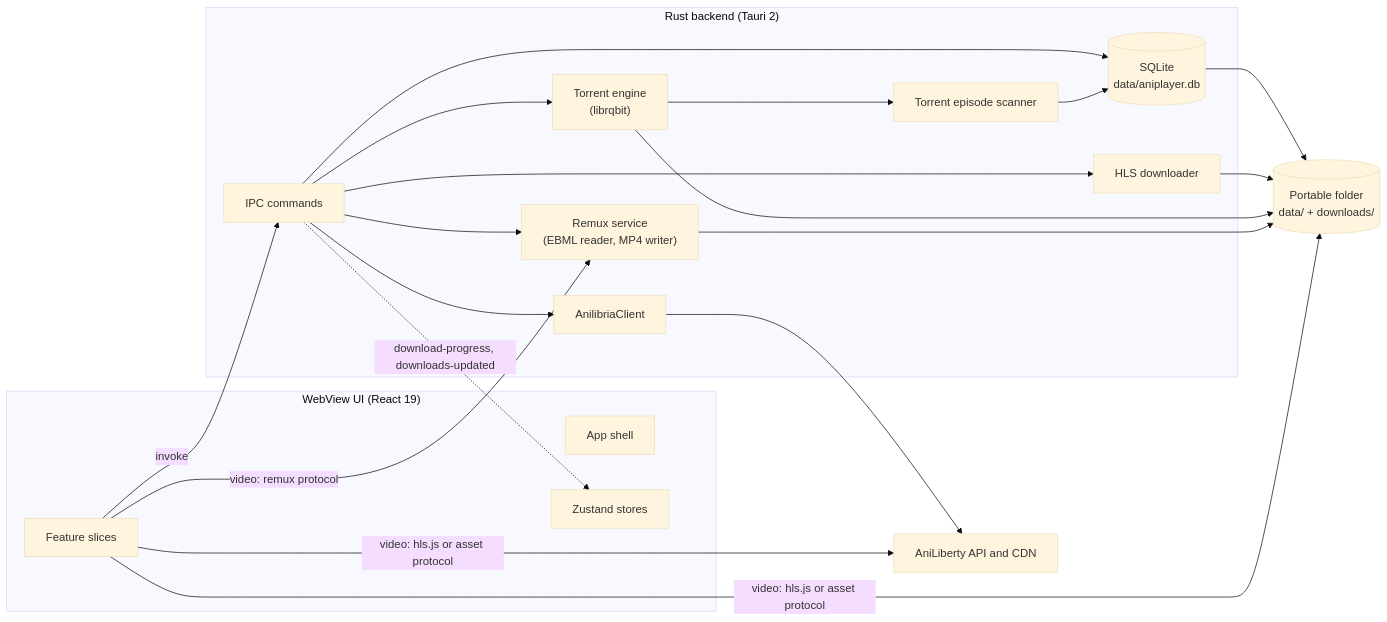
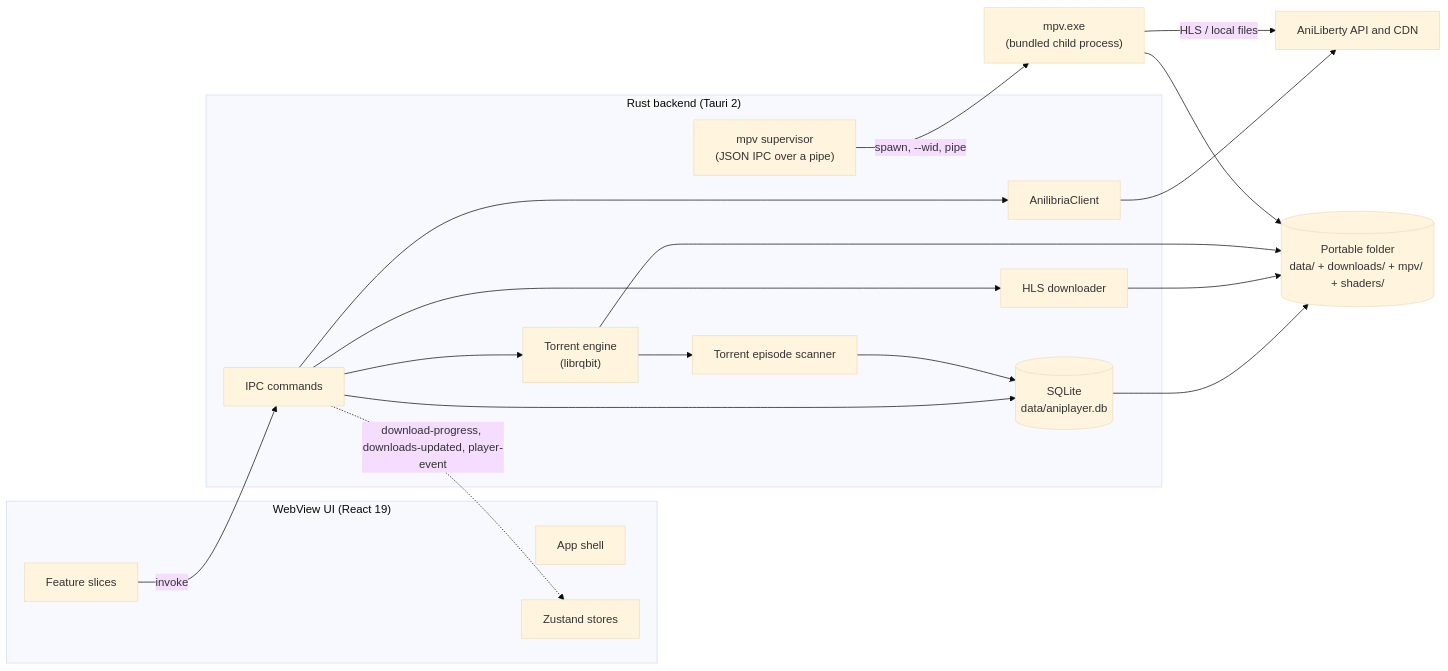
One commit to shidot3m/aniplayer changed the diagram in docs/architecture.md. Above: the diagram before and after it, drawn with Mermaid (base theme). The commit also changed other lines of this file and 90 other files, not shown here.

````diff
--- a/docs/architecture.md
+++ b/docs/architecture.md
@@ -9,33 +9,33 @@
 ```mermaid
 flowchart LR
     subgraph WebView["WebView UI (React 19)"]
         Shell["App shell"]
         Features["Feature slices"]
         Stores["Zustand stores"]
     end
 
     subgraph Rust["Rust backend (Tauri 2)"]
         Commands["IPC commands"]
         ApiClient["AnilibriaClient"]
         Database[("SQLite<br/>data/aniplayer.db")]
         HlsDownloader["HLS downloader"]
         TorrentEngine["Torrent engine<br/>(librqbit)"]
         Scanner["Torrent episode scanner"]
-        Remux["Remux service<br/>(EBML reader, MP4 writer)"]
+        Supervisor["mpv supervisor<br/>(JSON IPC over a pipe)"]
     end
 
+    Mpv["mpv.exe<br/>(bundled child process)"]
     AniLiberty["AniLiberty API and CDN"]
-    Disk[("Portable folder<br/>data/ + downloads/")]
+    Disk[("Portable folder<br/>data/ + downloads/ + mpv/ + shaders/")]
 
     Features -->|invoke| Commands
     Commands --> ApiClient --> AniLiberty
     Commands --> Database --> Disk
     Commands --> HlsDownloader --> Disk
     Commands --> TorrentEngine --> Disk
     TorrentEngine --> Scanner --> Database
-    Commands --> Remux --> Disk
-    Features -->|"video: hls.js or asset protocol"| AniLiberty
-    Features -->|"video: hls.js or asset protocol"| Disk
-    Features -->|"video: remux protocol"| Remux
-    Commands -.->|"download-progress, downloads-updated"| Stores
+    Supervisor -->|"spawn, --wid, pipe"| Mpv
+    Mpv -->|"HLS / local files"| AniLiberty
+    Mpv --> Disk
+    Commands -.->|"download-progress, downloads-updated, player-event"| Stores
 ```
````
